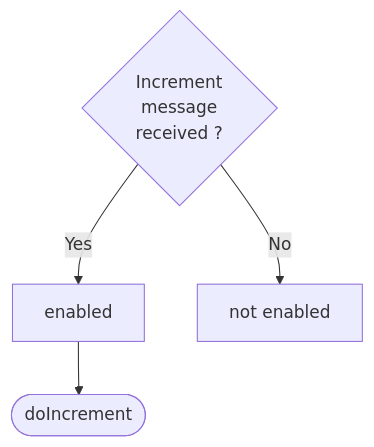
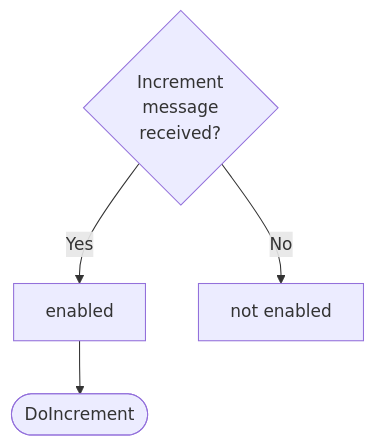
One commit to anoma/nspec changed the first of 2 diagrams in docs/node_architecture/engines/ticker_dynamics.juvix.md. Above: the diagram before and after it, drawn with Mermaid. The commit also changed other lines of this file and 1 other file, not shown here.

````diff
--- a/docs/node_architecture/engines/ticker_dynamics.juvix.md
+++ b/docs/node_architecture/engines/ticker_dynamics.juvix.md
@@ -99,7 +142,7 @@
 ```mermaid
 flowchart TD
-    C{Increment <br> message <br> received ?}
-    C -->|Yes| D[enabled]
-    C -->|No| E[not enabled]
-    D --> F([doIncrement])
+C{Increment<br>message<br>received?}
+C -->|Yes| D[enabled]
+C -->|No| E[not enabled]
+D --> F([DoIncrement])
 ```
````
